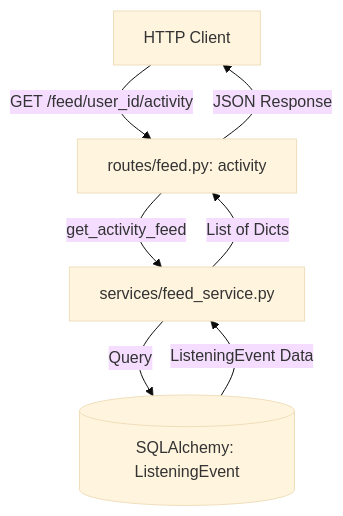
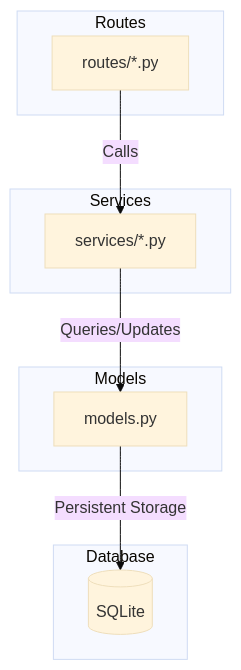
The diagram in ARCHITECTURE.md (parth33320/ai201-project5-mixtape-starter), drawn with Mermaid (base theme) before and after one commit. The commit also changed other lines of this file and 2 other files, not shown here.

````diff
--- a/ARCHITECTURE.md
+++ b/ARCHITECTURE.md
@@ -12,9 +7,19 @@
 ```mermaid
 graph TD
-    Client[HTTP Client] -->|GET /feed/user_id/activity| Route[routes/feed.py: activity]
-    Route -->|get_activity_feed| Service[services/feed_service.py]
-    Service -->|Query| DB[(SQLAlchemy: ListeningEvent)]
-    DB -->|ListeningEvent Data| Service
-    Service -->|List of Dicts| Route
-    Route -->|JSON Response| Client
+    subgraph Routes
+        R[routes/*.py]
+    end
+    subgraph Services
+        S[services/*.py]
+    end
+    subgraph Models
+        M[models.py]
+    end
+    subgraph Database
+        DB[(SQLite)]
+    end
+
+    R -->|Calls| S
+    S -->|Queries/Updates| M
+    M -->|Persistent Storage| DB
 ```
````
